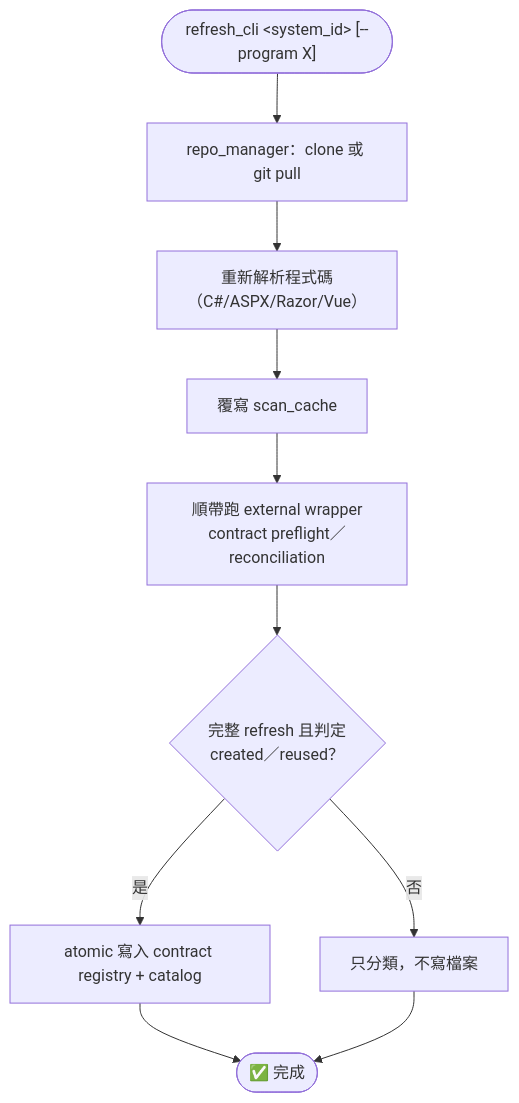
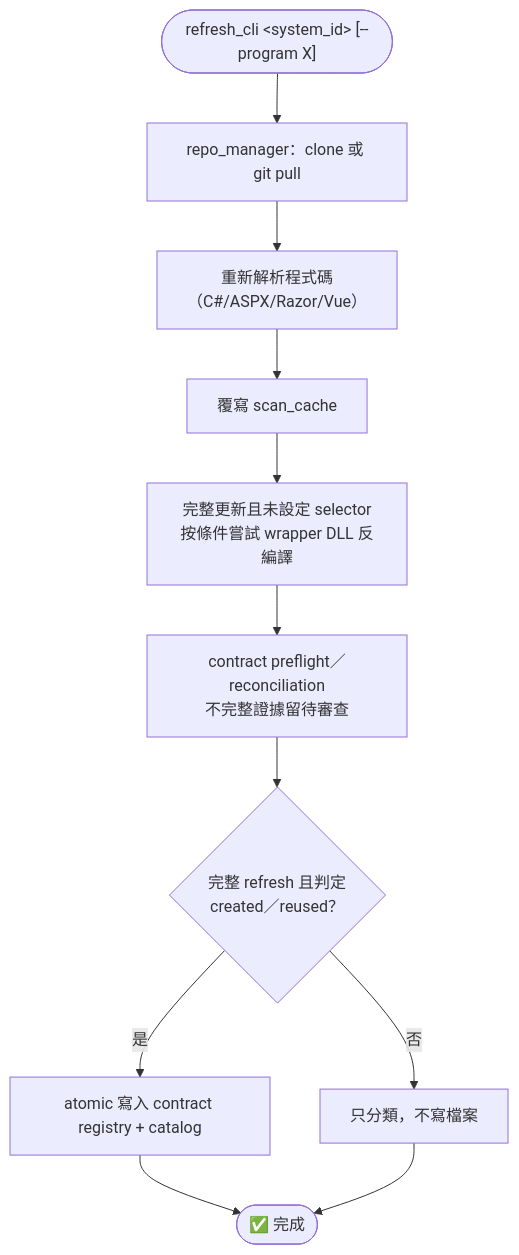
Before and after one commit to vy088772/Impact_analysis_system: the third of 4 diagrams in docs/流程圖.md, drawn with Mermaid. The commit also changed other lines of this file and 3 other files, not shown here.

````diff
--- a/docs/流程圖.md
+++ b/docs/流程圖.md
@@ -84,12 +90,13 @@
 ```mermaid
 flowchart TD
     Start(["refresh_cli &lt;system_id&gt; [--program X]"]) --> Ensure["repo_manager：clone 或 git pull"]
     Ensure --> Scan["重新解析程式碼<br/>（C#/ASPX/Razor/Vue）"]
     Scan --> Save["覆寫 scan_cache"]
-    Save --> Preflight["順帶跑 external wrapper<br/>contract preflight／reconciliation"]
+    Save --> Decompile["完整更新且未設定 selector<br/>按條件嘗試 wrapper DLL 反編譯"]
+    Decompile --> Preflight["contract preflight／reconciliation<br/>不完整證據留待審查"]
     Preflight --> Commit{"完整 refresh 且判定<br/>created／reused？"}
     Commit -- 是 --> Write["atomic 寫入 contract registry + catalog"]
     Commit -- 否 --> Skip["只分類，不寫檔案"]
     Write --> Done(["✅ 完成"])
     Skip --> Done
 ```
````
